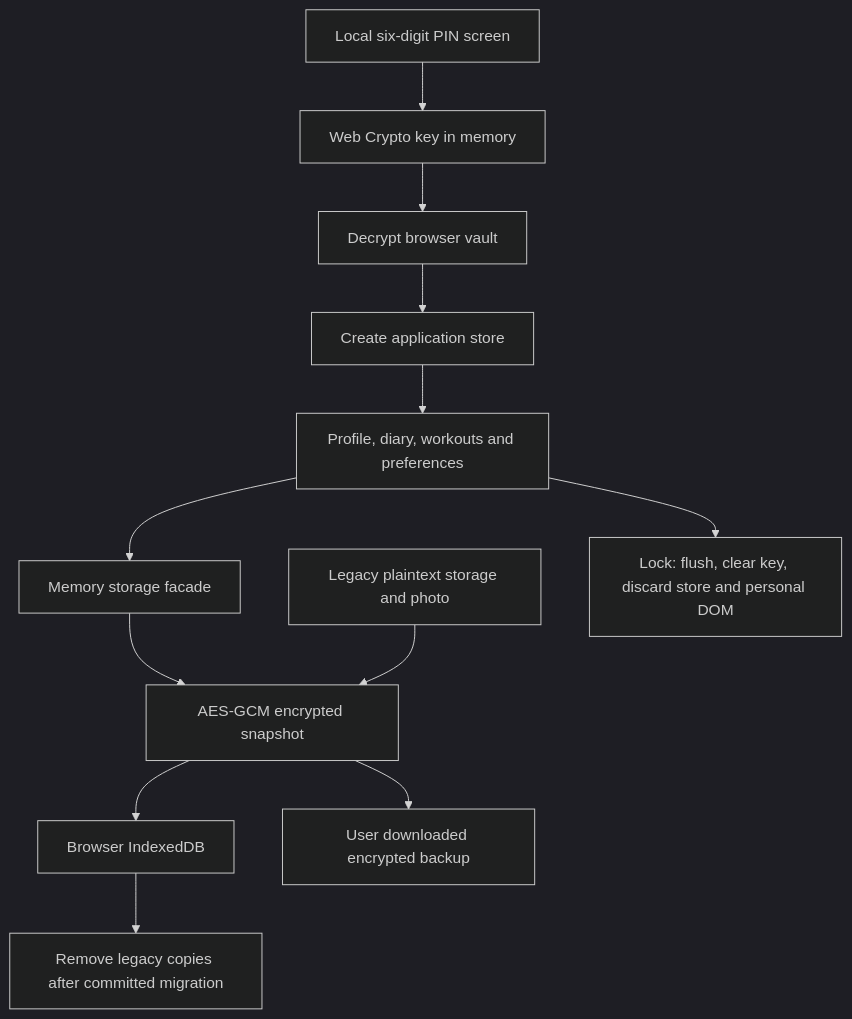
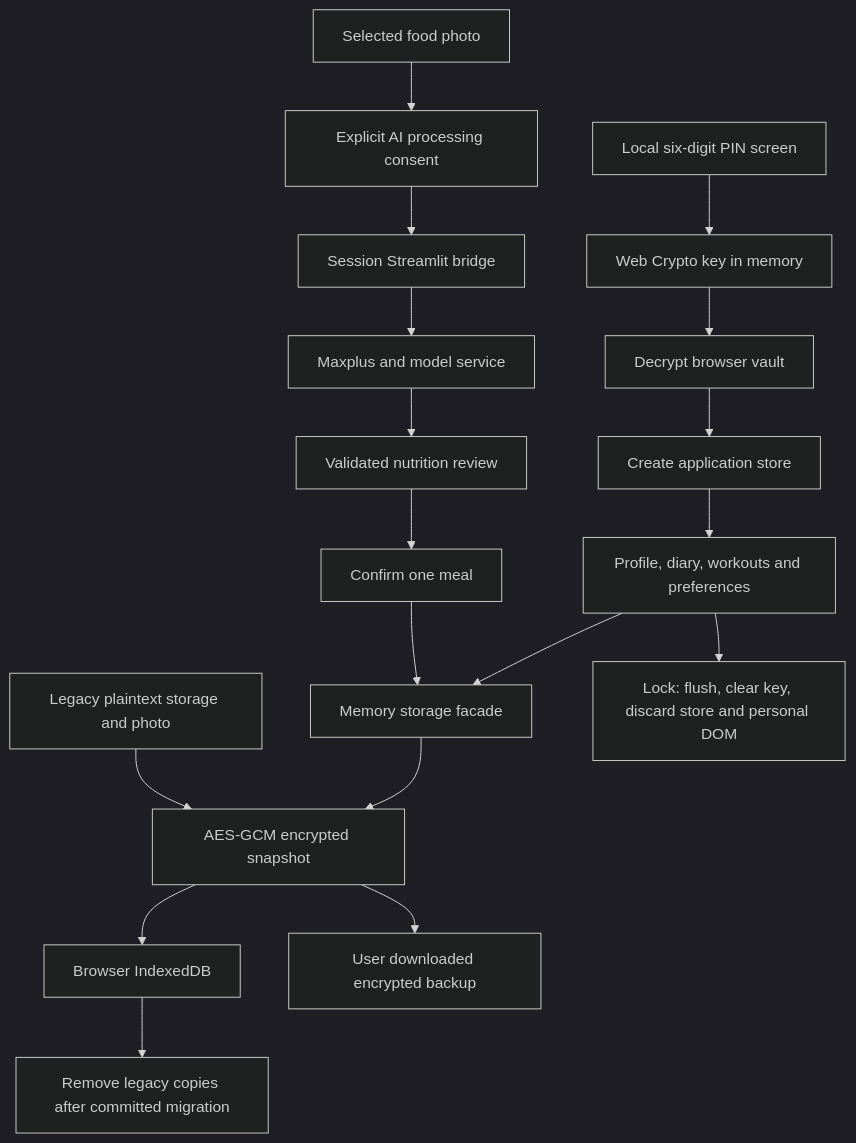
One commit to 66050275-pun/fitness-app changed the diagram in docs/PRIVACY_AUDIT.md. Above: the diagram before and after it, drawn with Mermaid (dark theme). The commit also changed other lines of this file and 24 other files, not shown here.

Commit message:
Connect Maxplus food vision to Streamlit with server-only credentials

````diff
--- a/docs/PRIVACY_AUDIT.md
+++ b/docs/PRIVACY_AUDIT.md
@@ -9,14 +9,20 @@
 ```mermaid
 flowchart TD
   A[Local six-digit PIN screen] --> B[Web Crypto key in memory]
   B --> C[Decrypt browser vault]
   C --> D[Create application store]
   D --> E[Profile, diary, workouts and preferences]
   E --> F[Memory storage facade]
   F --> G[AES-GCM encrypted snapshot]
   G --> H[Browser IndexedDB]
   G --> I[User downloaded encrypted backup]
   J[Legacy plaintext storage and photo] --> G
   H --> K[Remove legacy copies after committed migration]
   E --> L[Lock: flush, clear key, discard store and personal DOM]
+  M[Selected food photo] --> N[Explicit AI processing consent]
+  N --> O[Session Streamlit bridge]
+  O --> P[Maxplus and model service]
+  P --> Q[Validated nutrition review]
+  Q --> R[Confirm one meal]
+  R --> F
 ```
````
